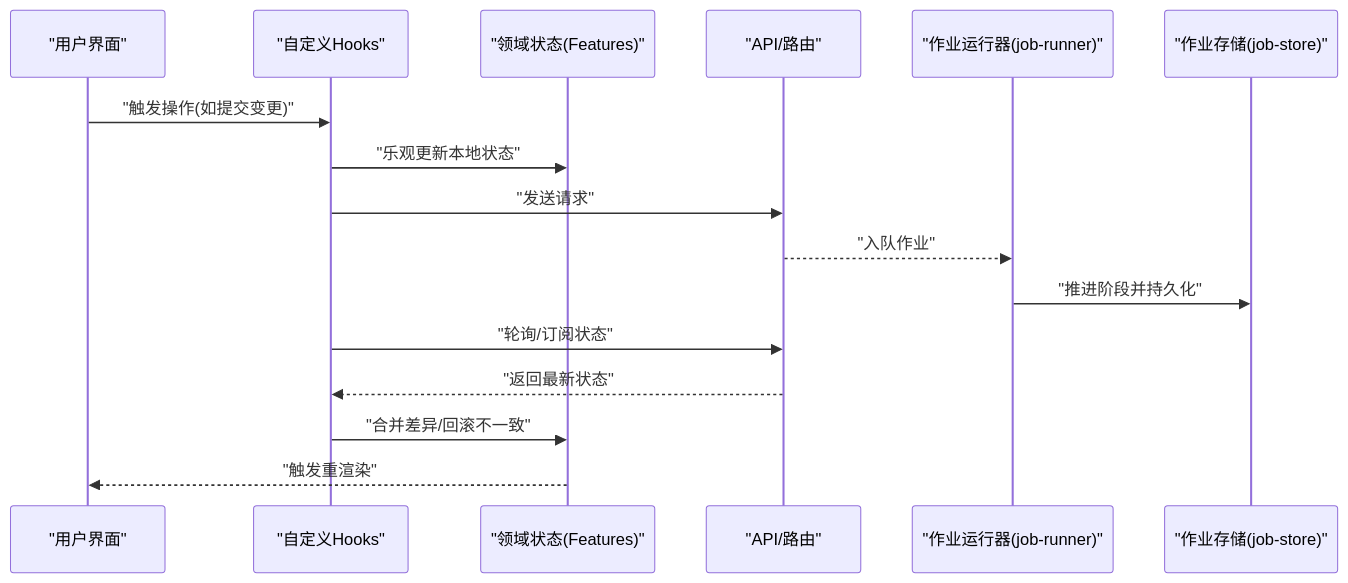
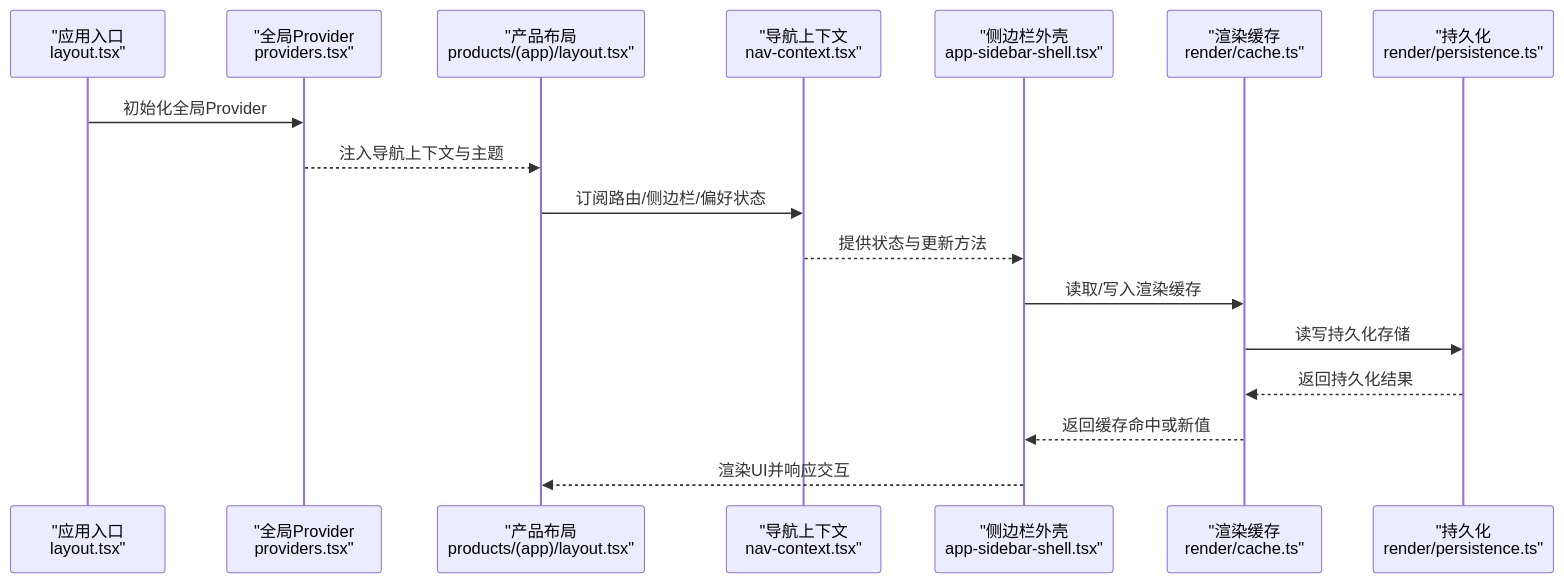
The second of 6 diagrams in .qoder/repowiki/zh/content/前端架构/状态管理.md (scottcwy/PurpleInk), drawn with Mermaid before and after one commit. The commit also changed other lines of this file and 872 other files, not shown here.

````diff
--- a/.qoder/repowiki/zh/content/前端架构/状态管理.md
+++ b/.qoder/repowiki/zh/content/前端架构/状态管理.md
@@ -94,18 +132,19 @@
 ```mermaid
 sequenceDiagram
-participant U as "用户界面"
-participant H as "自定义Hooks"
-participant F as "领域状态(Features)"
-participant API as "API/路由"
-participant JR as "作业运行器(job-runner)"
-participant JS as "作业存储(job-store)"
-U->>H : "触发操作(如提交变更)"
-H->>F : "乐观更新本地状态"
-H->>API : "发送请求"
-API-->>JR : "入队作业"
-JR->>JS : "推进阶段并持久化"
-H->>API : "轮询/订阅状态"
-API-->>H : "返回最新状态"
-H->>F : "合并差异/回滚不一致"
-F-->>U : "触发重渲染"
+participant Entry as "应用入口<br/>layout.tsx"
+participant Providers as "全局Provider<br/>providers.tsx"
+participant AppLayout as "产品布局<br/>products/(app)/layout.tsx"
+participant NavCtx as "导航上下文<br/>nav-context.tsx"
+participant Sidebar as "侧边栏外壳<br/>app-sidebar-shell.tsx"
+participant RenderCache as "渲染缓存<br/>render/cache.ts"
+participant Persist as "持久化<br/>render/persistence.ts"
+Entry->>Providers : 初始化全局Provider
+Providers-->>AppLayout : 注入导航上下文与主题
+AppLayout->>NavCtx : 订阅路由/侧边栏/偏好状态
+NavCtx-->>Sidebar : 提供状态与更新方法
+Sidebar->>RenderCache : 读取/写入渲染缓存
+RenderCache->>Persist : 读写持久化存储
+Persist-->>RenderCache : 返回持久化结果
+RenderCache-->>Sidebar : 返回缓存命中或新值
+Sidebar-->>AppLayout : 渲染UI并响应交互
 ```
````
